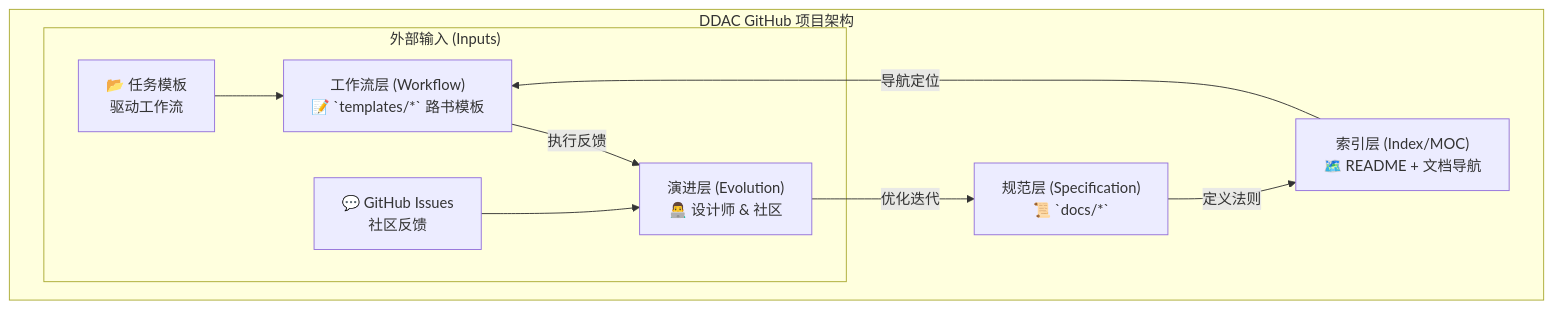
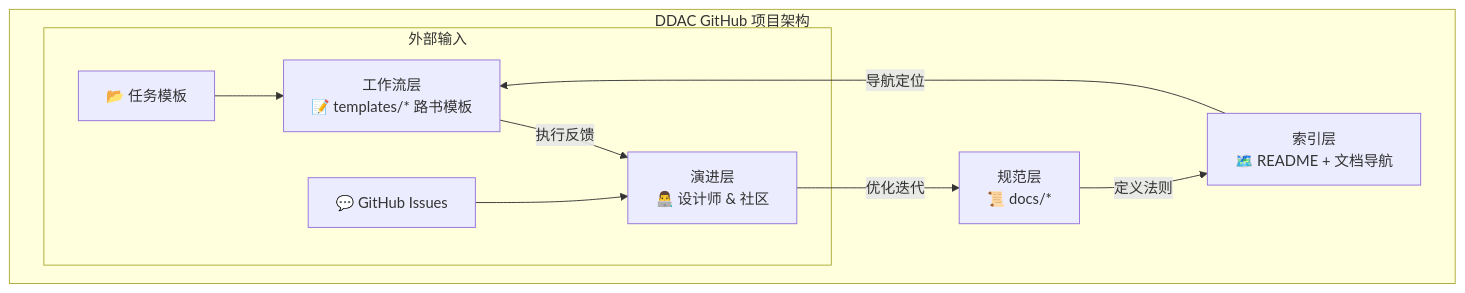
Before and after one commit to ArnoFrost/DDAC: the second of 2 diagrams in README.md, drawn with Mermaid. The commit also changed other lines of this file and 1 other file, not shown here.

````diff
--- a/README.md
+++ b/README.md
@@ -103,21 +110,21 @@
 ```mermaid
 graph TD
     subgraph "DDAC GitHub 项目架构"
         A -- "定义法则" --> B
         B -- "导航定位" --> C
         C -- "执行反馈" --> D
         D -- "优化迭代" --> A
 
-        subgraph "外部输入 (Inputs)"
+        subgraph "外部输入"
             T --> C
             I --> D
         end
     end
 
-    A["规范层 (Specification)<br>📜 `docs/*`"]
-    B["索引层 (Index/MOC)<br>🗺️ README + 文档导航"]
-    C["工作流层 (Workflow)<br>📝 `templates/*` 路书模板"]
-    D["演进层 (Evolution)<br>👨‍💻 设计师 & 社区"]
-    T["📂 任务模板<br>驱动工作流"]
-    I["💬 GitHub Issues<br>社区反馈"]
+    A["规范层<br>📜 docs/*"]
+    B["索引层<br>🗺️ README + 文档导航"]
+    C["工作流层<br>📝 templates/* 路书模板"]
+    D["演进层<br>👨‍💻 设计师 & 社区"]
+    T["📂 任务模板"]
+    I["💬 GitHub Issues"]
 ```
````
